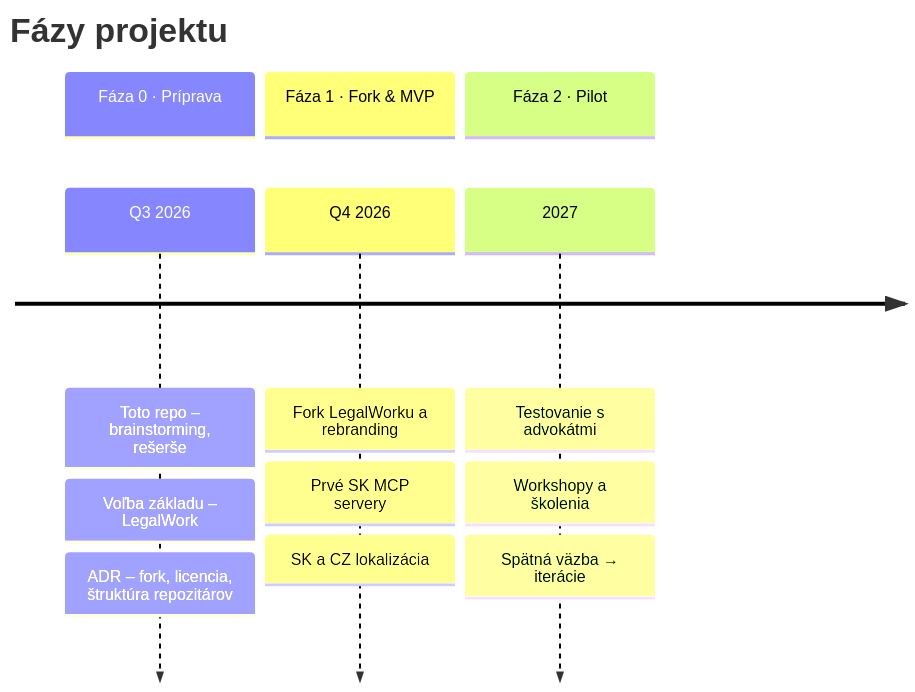
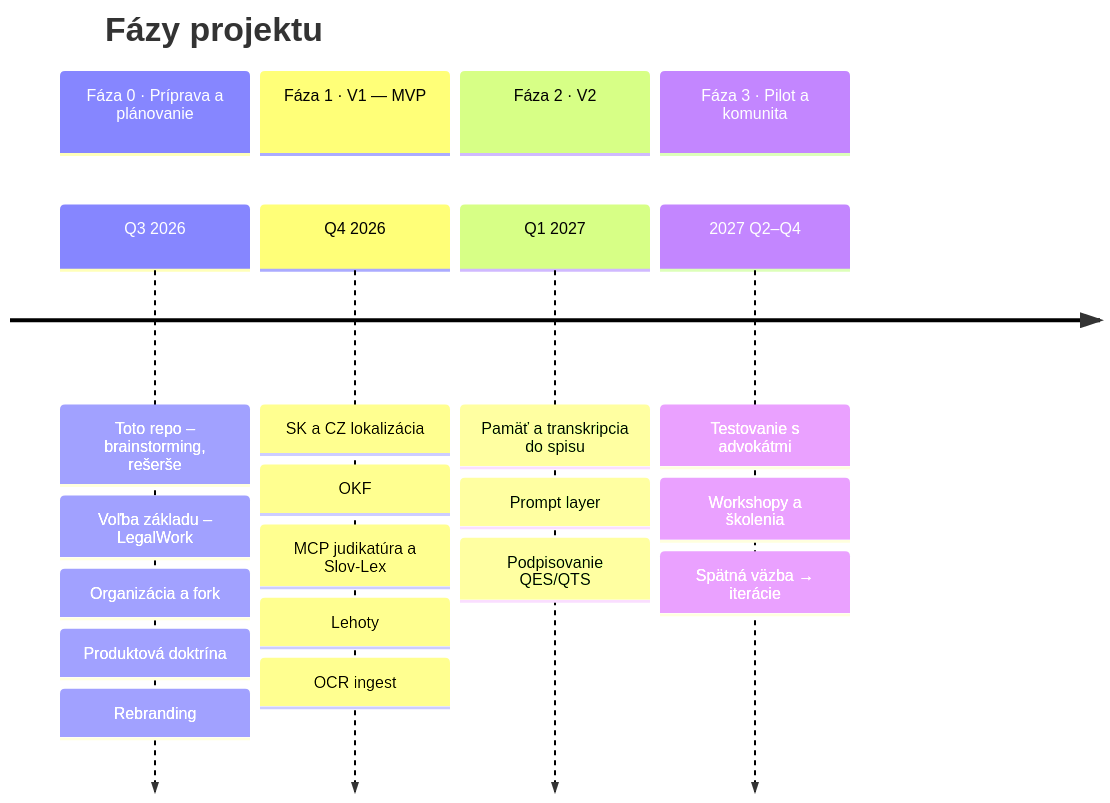
The second of 3 diagrams in README.md (Omni-Legal-Products/lawOSS-like-SK-CZ), drawn with Mermaid before and after one commit. The commit also changed other lines of this file, not shown here.

Commit message:
fix: zosúladiť zachované mermaid zdroje s prekreslenými diagramami
Pri #61 som mermaid zdroje ponechal v rozbaľovacích blokoch kvôli
editovateľnosti — ale aj s chybami, ktoré ten PR opravoval. Kto by blok
rozbalil alebo zdroj skopíroval, dostal by späť „traja partneri" aj
roadmapu, ktorá datuje hotový fork do Q4 2026.

Zdroje teraz hovoria to isté, čo obrázky nad nimi.

````diff
--- a/README.md
+++ b/README.md
@@ -342,10 +342,12 @@
 ```mermaid
 timeline
     title Fázy projektu
-    section Fáza 0 · Príprava
-        Q3 2026 : Toto repo – brainstorming, rešerše : Voľba základu – LegalWork : ADR – fork, licencia, štruktúra repozitárov
-    section Fáza 1 · Fork & MVP
-        Q4 2026 : Fork LegalWorku a rebranding : Prvé SK MCP servery : SK a CZ lokalizácia
-    section Fáza 2 · Pilot
-        2027 : Testovanie s advokátmi : Workshopy a školenia : Spätná väzba → iterácie
+    section Fáza 0 · Príprava a plánovanie
+        Q3 2026 : Toto repo – brainstorming, rešerše : Voľba základu – LegalWork : Organizácia a fork : Produktová doktrína : Rebranding
+    section Fáza 1 · V1 — MVP
+        Q4 2026 : SK a CZ lokalizácia : OKF : MCP judikatúra a Slov-Lex : Lehoty : OCR ingest
+    section Fáza 2 · V2
+        Q1 2027 : Pamäť a transkripcia do spisu : Prompt layer : Podpisovanie QES/QTS
+    section Fáza 3 · Pilot a komunita
+        2027 Q2–Q4 : Testovanie s advokátmi : Workshopy a školenia : Spätná väzba → iterácie
 ```
````
